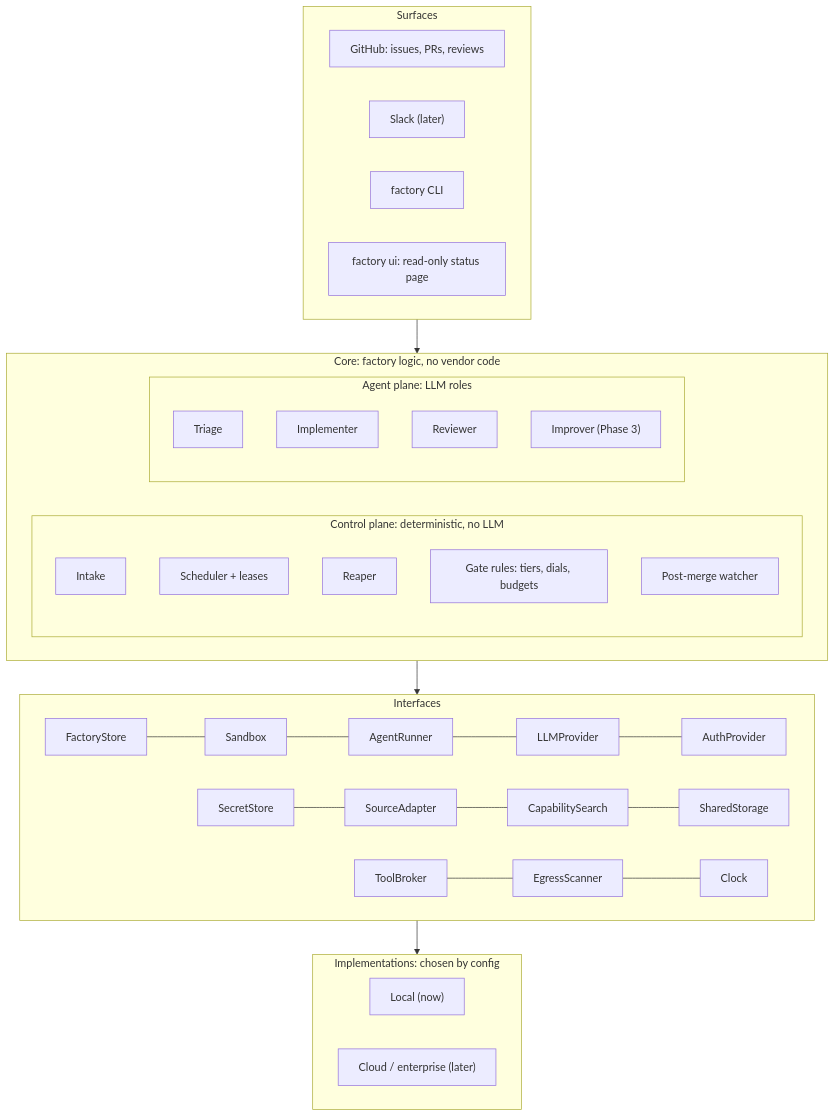
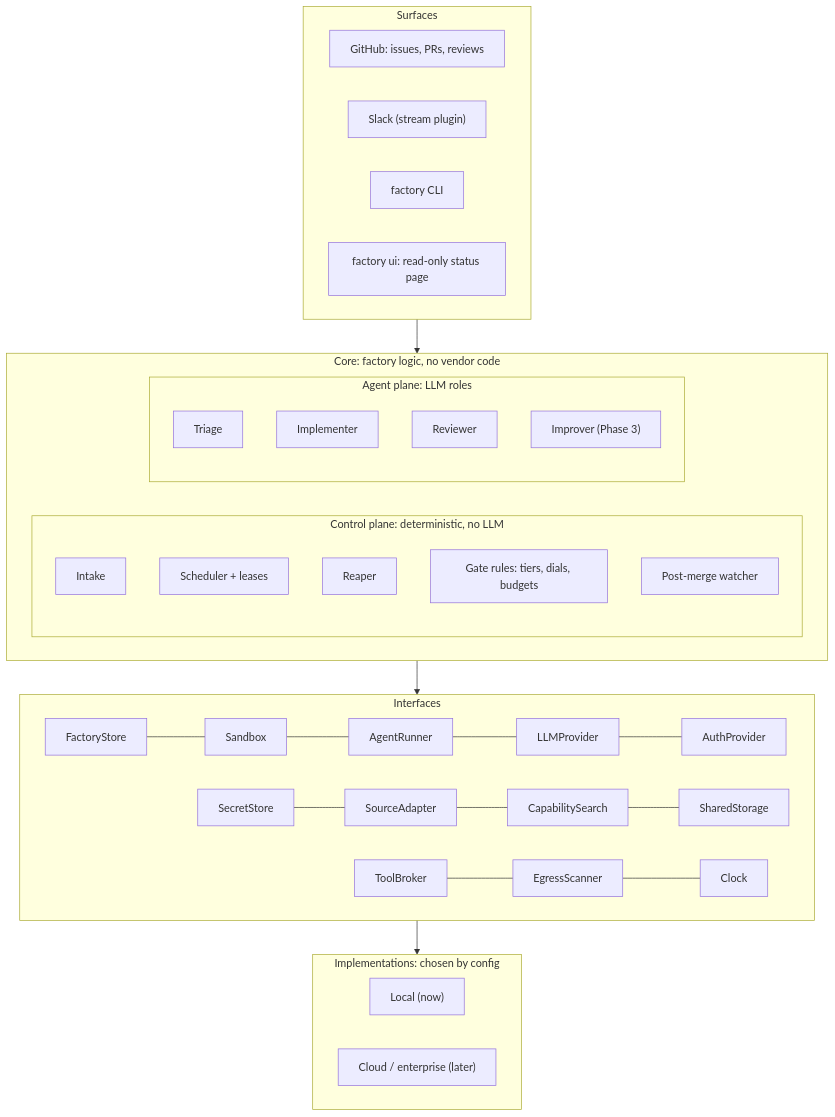
The first of 5 diagrams in docs/architecture.md (seonWKim/software-factory), drawn with Mermaid before and after one commit. The commit also changed other lines of this file and 3 other files, not shown here.

Commit message:
Docs: Slack source plugin, the dated Slack intake decision, Intake routing, SET_UP Slack section

````diff
--- a/docs/architecture.md
+++ b/docs/architecture.md
@@ -15,44 +15,44 @@
 ```mermaid
 graph TB
   subgraph SURF["Surfaces"]
     direction LR
     GH["GitHub: issues, PRs, reviews"]
-    SL["Slack (later)"]
+    SL["Slack (stream plugin)"]
     CLI["factory CLI"]
     UI["factory ui: read-only status page"]
   end
 
   subgraph CORE["Core: factory logic, no vendor code"]
     direction LR
     subgraph CP["Control plane: deterministic, no LLM"]
       direction TB
       IN["Intake"]
       MG["Scheduler + leases"]
       RP["Reaper"]
       GT["Gate rules: tiers, dials, budgets"]
       PM["Post-merge watcher"]
     end
     subgraph AP["Agent plane: LLM roles"]
       direction TB
       TR["Triage"]
       IM["Implementer"]
       RV["Reviewer"]
       IMP["Improver (Phase 3)"]
     end
   end
 
   subgraph IF["Interfaces"]
     direction LR
     I1["FactoryStore"] --- I2["Sandbox"] --- I3["AgentRunner"] --- I4["LLMProvider"] --- I5["AuthProvider"]
     I6["SecretStore"] --- I7["SourceAdapter"] --- I8["CapabilitySearch"] --- I9["SharedStorage"]
     I10["ToolBroker"] --- I11["EgressScanner"] --- I12["Clock"]
   end
 
   subgraph IMPL["Implementations: chosen by config"]
     direction LR
     LOC["Local (now)"]
     CLD["Cloud / enterprise (later)"]
   end
 
   SURF --> CORE --> IF --> IMPL
 ```
````
